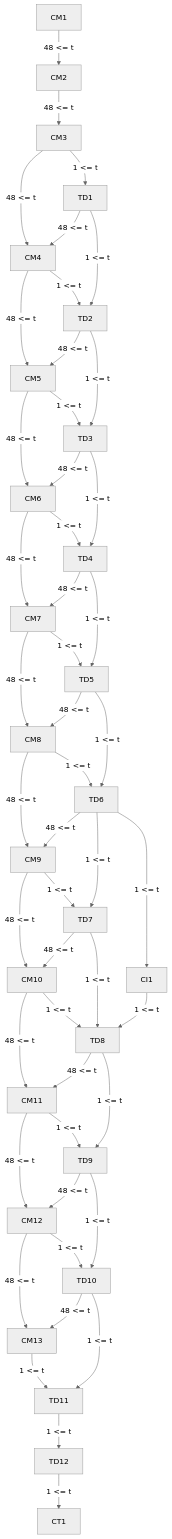
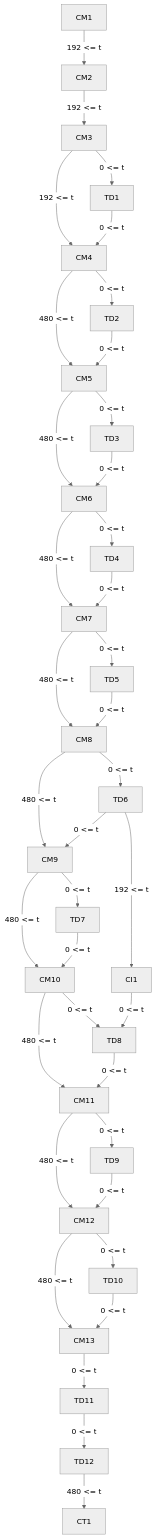
One commit to lcharleux/Planification_S6_PAC changed the diagram in planification/courses_graphs/MATH651_graph.md. Above: the diagram before and after it, drawn with Mermaid (neutral theme). The commit also changed 11 other files, not shown here.

```diff
--- a/planification/courses_graphs/MATH651_graph.md
+++ b/planification/courses_graphs/MATH651_graph.md
@@ -1,50 +1,40 @@
 ::: mermaid
     graph TB
-        CM1 -->|48 <= t| CM2
-        CM2 -->|48 <= t| CM3
-        CM3 -->|48 <= t| CM4
-        TD1 -->|48 <= t| CM4
-        CM4 -->|48 <= t| CM5
-        TD2 -->|48 <= t| CM5
-        CM5 -->|48 <= t| CM6
-        TD3 -->|48 <= t| CM6
-        CM6 -->|48 <= t| CM7
-        TD4 -->|48 <= t| CM7
-        CM7 -->|48 <= t| CM8
-        TD5 -->|48 <= t| CM8
-        CM8 -->|48 <= t| CM9
-        TD6 -->|48 <= t| CM9
-        CM9 -->|48 <= t| CM10
-        TD7 -->|48 <= t| CM10
-        CM10 -->|48 <= t| CM11
-        TD8 -->|48 <= t| CM11
-        CM11 -->|48 <= t| CM12
-        TD9 -->|48 <= t| CM12
-        CM12 -->|48 <= t| CM13
-        TD10 -->|48 <= t| CM13
-        CM3 -->|1 <= t| TD1
-        TD1 -->|1 <= t| TD2
-        CM4 -->|1 <= t| TD2
-        CM5 -->|1 <= t| TD3
-        TD2 -->|1 <= t| TD3
-        CM6 -->|1 <= t| TD4
-        TD3 -->|1 <= t| TD4
-        CM7 -->|1 <= t| TD5
-        TD4 -->|1 <= t| TD5
-        CM8 -->|1 <= t| TD6
-        TD5 -->|1 <= t| TD6
-        CM9 -->|1 <= t| TD7
-        TD6 -->|1 <= t| TD7
-        CM10 -->|1 <= t| TD8
-        TD7 -->|1 <= t| TD8
-        CI1 -->|1 <= t| TD8
-        CM11 -->|1 <= t| TD9
-        TD8 -->|1 <= t| TD9
-        CM12 -->|1 <= t| TD10
-        TD9 -->|1 <= t| TD10
-        CM13 -->|1 <= t| TD11
-        TD10 -->|1 <= t| TD11
-        TD11 -->|1 <= t| TD12
-        TD6 -->|1 <= t| CI1
-        TD12 -->|1 <= t| CT1
+        CM1 -->|192 <= t| CM2
+        CM2 -->|192 <= t| CM3
+        CM3 -->|192 <= t| CM4
+        CM4 -->|480 <= t| CM5
+        CM5 -->|480 <= t| CM6
+        CM6 -->|480 <= t| CM7
+        CM7 -->|480 <= t| CM8
+        CM8 -->|480 <= t| CM9
+        CM9 -->|480 <= t| CM10
+        CM10 -->|480 <= t| CM11
+        CM11 -->|480 <= t| CM12
+        CM12 -->|480 <= t| CM13
+        TD1 -->|0 <= t| CM4
+        TD2 -->|0 <= t| CM5
+        TD3 -->|0 <= t| CM6
+        TD4 -->|0 <= t| CM7
+        TD5 -->|0 <= t| CM8
+        TD6 -->|0 <= t| CM9
+        TD7 -->|0 <= t| CM10
+        TD8 -->|0 <= t| CM11
+        TD9 -->|0 <= t| CM12
+        TD10 -->|0 <= t| CM13
+        CM3 -->|0 <= t| TD1
+        CM4 -->|0 <= t| TD2
+        CM5 -->|0 <= t| TD3
+        CM6 -->|0 <= t| TD4
+        CM7 -->|0 <= t| TD5
+        CM8 -->|0 <= t| TD6
+        CM9 -->|0 <= t| TD7
+        CM10 -->|0 <= t| TD8
+        CM11 -->|0 <= t| TD9
+        CM12 -->|0 <= t| TD10
+        CM13 -->|0 <= t| TD11
+        TD11 -->|0 <= t| TD12
+        CI1 -->|0 <= t| TD8
+        TD6 -->|192 <= t| CI1
+        TD12 -->|480 <= t| CT1
 :::
```
